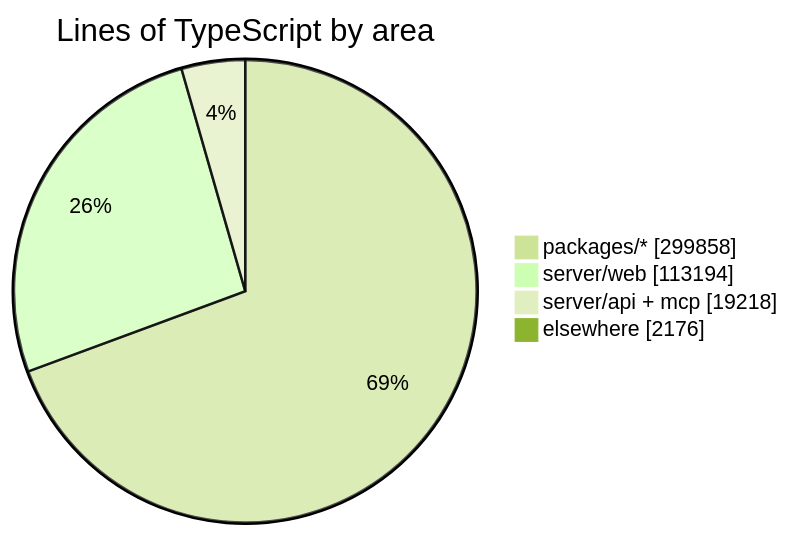
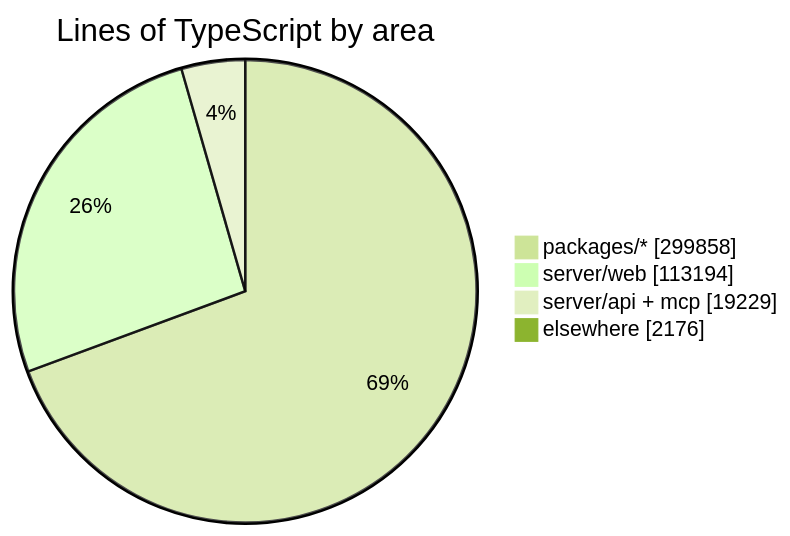
The diagram in README.md (crossworks-engineering/mantle), drawn with Mermaid (forest theme) before and after one commit. The commit also changed other lines of this file and 2 other files, not shown here.

````diff
--- a/README.md
+++ b/README.md
@@ -294,7 +294,7 @@
 ```mermaid
 pie showData title Lines of TypeScript by area
     "packages/*" : 299858
     "server/web" : 113194
-    "server/api + mcp" : 19218
+    "server/api + mcp" : 19229
     "elsewhere" : 2176
 ```
````
